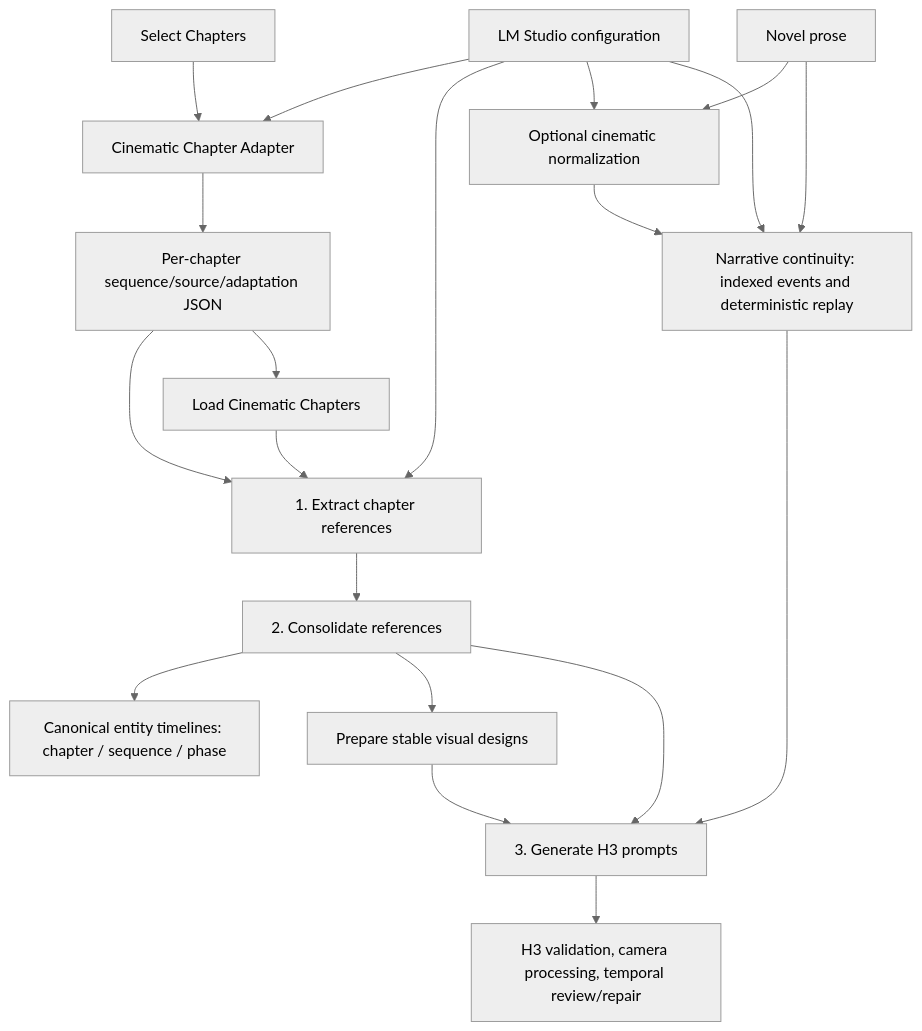
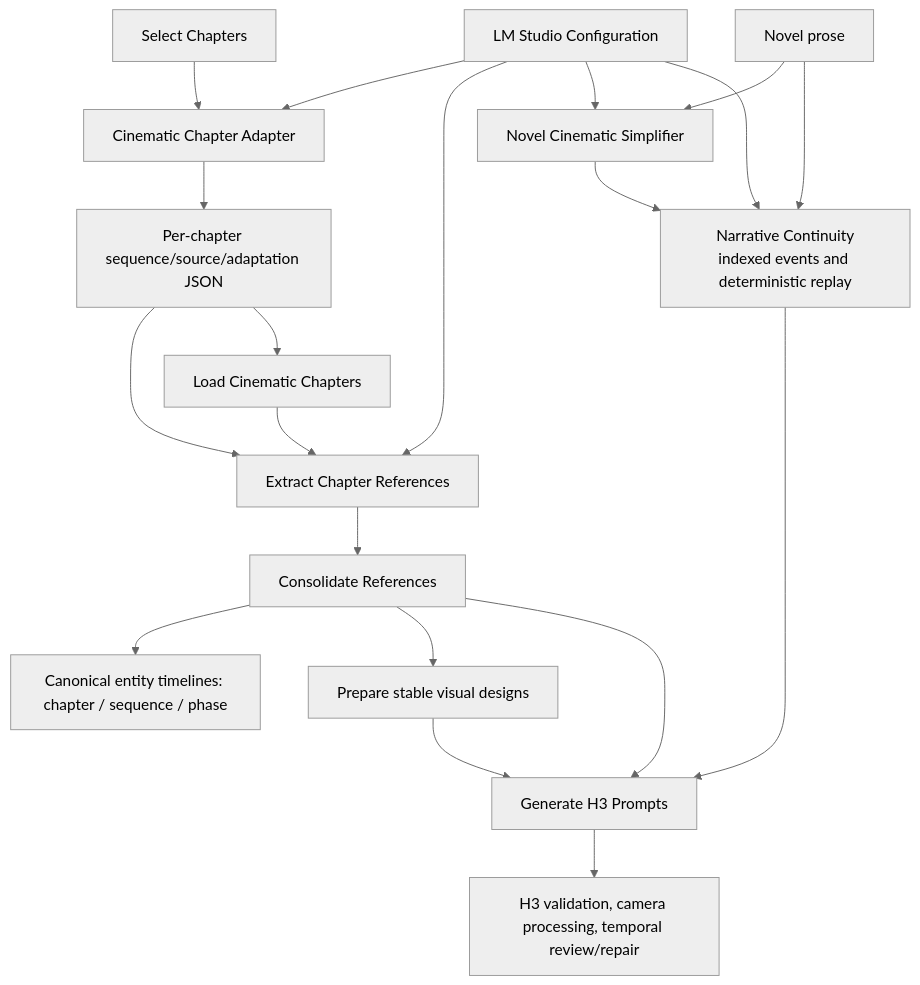
The first of 2 diagrams in docs/architecture.md (yuyuki/ComfyUI-Minimax_H3_Novel_Pipeline), drawn with Mermaid (neutral theme) before and after one commit. The commit also changed other lines of this file and 2 other files, not shown here.

Commit message:
feat: Update architecture map and improve node labeling for clarity

````diff
--- a/docs/architecture.md
+++ b/docs/architecture.md
@@ -9,22 +9,22 @@
 ```mermaid
 flowchart TD
     selector["Select Chapters"] --> adapter["Cinematic Chapter Adapter"]
     config --> adapter
     adapter --> adapted["Per-chapter sequence/source/adaptation JSON"]
     adapted --> extract
     adapted --> loader["Load Cinematic Chapters"]
     loader --> extract
-    config["LM Studio configuration"] --> extract["1. Extract chapter references"]
-    extract --> consolidate["2. Consolidate references"]
+    config["LM Studio Configuration"] --> extract["Extract Chapter References"]
+    extract --> consolidate["Consolidate References"]
     consolidate --> timeline["Canonical entity timelines: chapter / sequence / phase"]
     consolidate --> designs["Prepare stable visual designs"]
-    designs --> generate["3. Generate H3 prompts"]
+    designs --> generate["Generate H3 Prompts"]
     consolidate --> generate
-    novel["Novel prose"] --> normalize["Optional cinematic normalization"]
+    novel["Novel prose"] --> normalize["Novel Cinematic Simplifier"]
     config --> normalize
-    normalize --> state["Narrative continuity: indexed events and deterministic replay"]
+    normalize --> state["Narrative Continuity<br/>indexed events and deterministic replay"]
     novel --> state
     config --> state
     state --> generate
     generate --> review["H3 validation, camera processing, temporal review/repair"]
 ```
````
